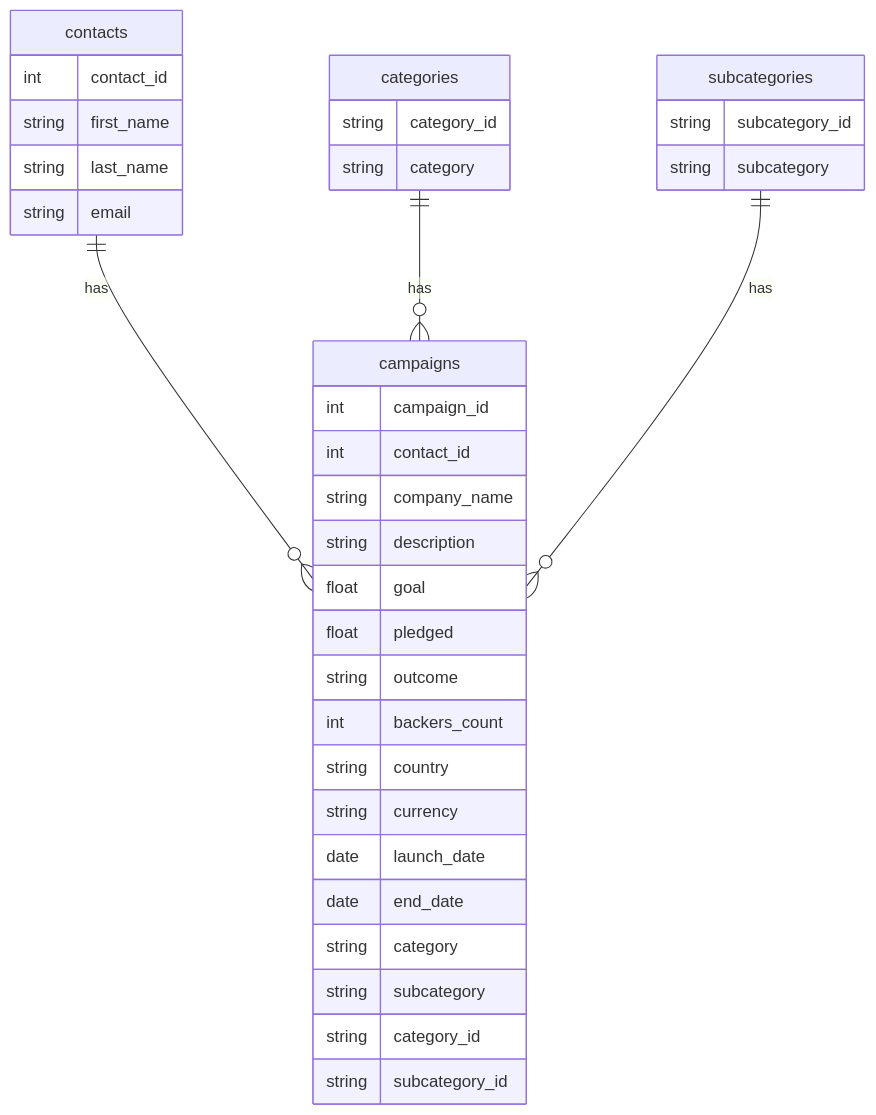
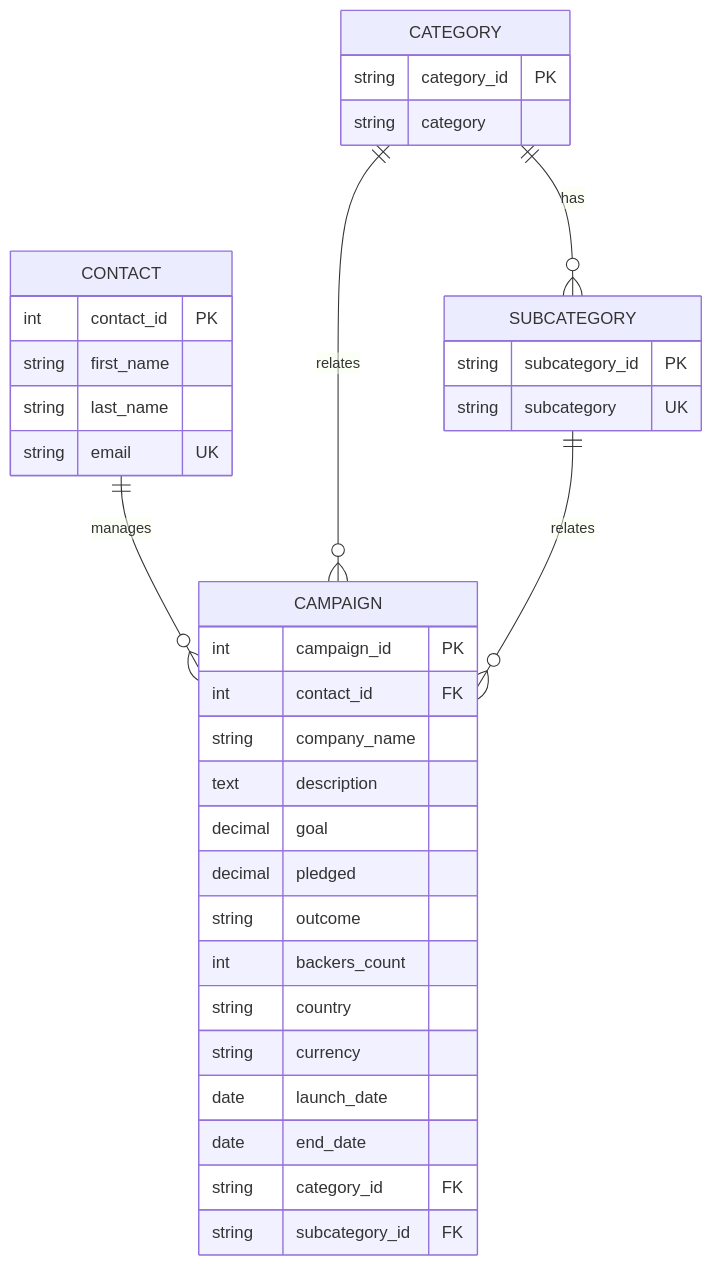
The diagram in README.md (ConstCorrectness/ETLPipeline), drawn with Mermaid before and after one commit. The commit also changed 1 other file, not shown here.

````diff
--- a/README.md
+++ b/README.md
@@ -26,43 +26,43 @@
 ```mermaid
 erDiagram
+    CATEGORY ||--o{ SUBCATEGORY : has
+    CONTACT ||--o{ CAMPAIGN : manages
+    CATEGORY ||--o{ CAMPAIGN : relates
+    SUBCATEGORY ||--o{ CAMPAIGN : relates
 
-    contacts ||--o{ campaigns: has
-    categories ||--o{ campaigns: has    
-    subcategories ||--o{ campaigns: has
-
-    categories {
-        string category_id
+    
+    CATEGORY {
+        string category_id PK
         string category
     }
-
-    subcategories {
-        string subcategory_id
-        string subcategory
+    
+    SUBCATEGORY {
+        string subcategory_id PK
+        string subcategory UK
     }
-
-    contacts {
-        int contact_id
+    
+    CONTACT {
+        int contact_id PK
         string first_name
         string last_name
-        string email
+        string email UK
     }
-
-    campaigns {
-        int campaign_id
-        int contact_id
+    
+    CAMPAIGN {
+        int campaign_id PK
+        int contact_id FK
         string company_name
-        string description
-        float goal
-        float pledged
+        text description
+        decimal goal
+        decimal pledged
         string outcome
         int backers_count
         string country
         string currency
         date launch_date
         date end_date
-        string category
-        string subcategory
-        string category_id
-        string subcategory_id
+        string category_id FK
+        string subcategory_id FK
     }
+
 ```
````
